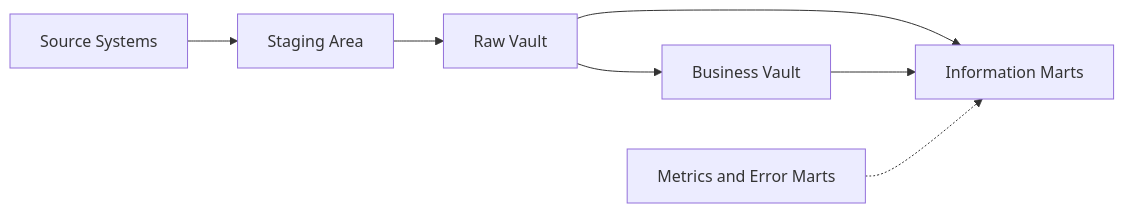
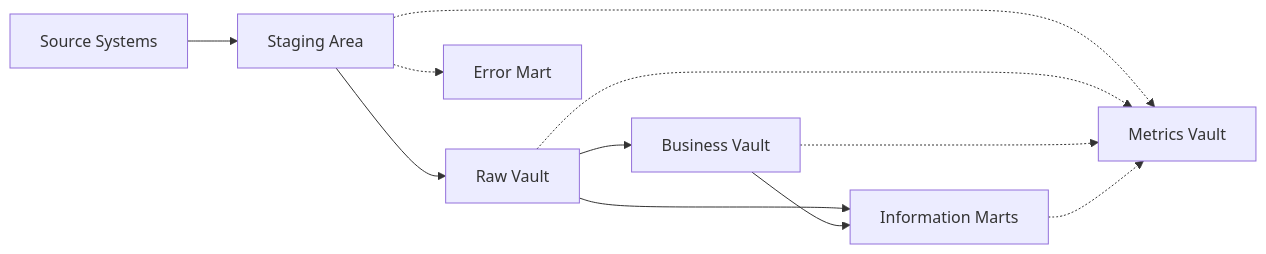
Before and after one commit to yadavraganu/Data-Modeling: the diagram in Data-Vault/Data-Vault.md, drawn with Mermaid. The commit also changed other lines of this file, not shown here.

First line of the commit message:
Enhance Data Vault documentation with new sections

````diff
--- a/Data-Vault/Data-Vault.md
+++ b/Data-Vault/Data-Vault.md
@@ -127,9 +153,13 @@
 ```mermaid
 flowchart LR
   A[Source Systems] --> B[Staging Area]
   B --> C[Raw Vault]
   C --> D[Business Vault]
   C --> E[Information Marts]
   D --> E
-  F[Metrics and Error Marts] -.-> E
+  B -.-> F[Error Mart]
+  B -.-> G[Metrics Vault]
+  C -.-> G
+  D -.-> G
+  E -.-> G
 ```
````
